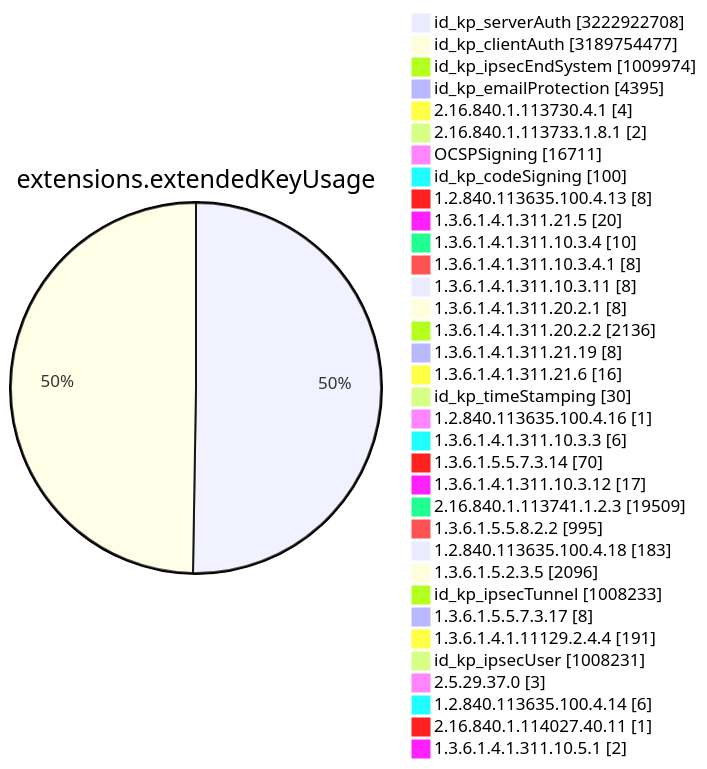
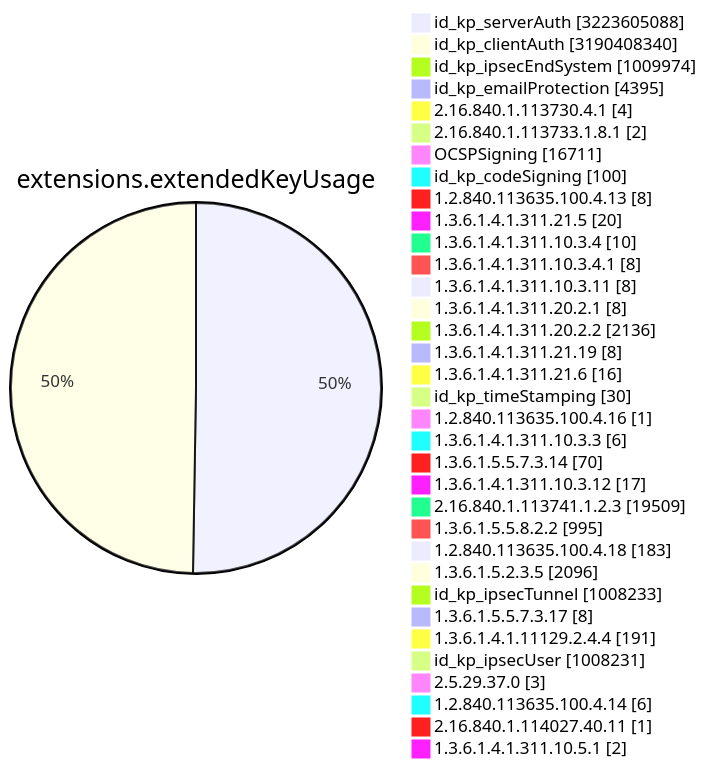
Before and after one commit to christiankrug/ctmonitor_visualization: diagram 11 of 15 in TOTAL/README.md, drawn with Mermaid. The commit also changed other lines of this file, not shown here.

````diff
--- a/TOTAL/README.md
+++ b/TOTAL/README.md
@@ -4119,38 +4119,38 @@
 ```mermaid
 pie showData
 title extensions.extendedKeyUsage
-"id_kp_serverAuth" :3222922708
-"id_kp_clientAuth" :3189754477
+"id_kp_serverAuth" :3223605088
+"id_kp_clientAuth" :3190408340
 "id_kp_ipsecEndSystem" :1009974
 "id_kp_emailProtection" :4395
 "2.16.840.1.113730.4.1" :4
 "2.16.840.1.113733.1.8.1" :2
 "OCSPSigning" :16711
 "id_kp_codeSigning" :100
 "1.2.840.113635.100.4.13" :8
 "1.3.6.1.4.1.311.21.5" :20
 "1.3.6.1.4.1.311.10.3.4" :10
 "1.3.6.1.4.1.311.10.3.4.1" :8
 "1.3.6.1.4.1.311.10.3.11" :8
 "1.3.6.1.4.1.311.20.2.1" :8
 "1.3.6.1.4.1.311.20.2.2" :2136
 "1.3.6.1.4.1.311.21.19" :8
 "1.3.6.1.4.1.311.21.6" :16
 "id_kp_timeStamping" :30
 "1.2.840.113635.100.4.16" :1
 "1.3.6.1.4.1.311.10.3.3" :6
 "1.3.6.1.5.5.7.3.14" :70
 "1.3.6.1.4.1.311.10.3.12" :17
 "2.16.840.1.113741.1.2.3" :19509
 "1.3.6.1.5.5.8.2.2" :995
 "1.2.840.113635.100.4.18" :183
 "1.3.6.1.5.2.3.5" :2096
 "id_kp_ipsecTunnel" :1008233
 "1.3.6.1.5.5.7.3.17" :8
 "1.3.6.1.4.1.11129.2.4.4" :191
 "id_kp_ipsecUser" :1008231
 "2.5.29.37.0" :3
 "1.2.840.113635.100.4.14" :6
 "2.16.840.1.114027.40.11" :1
 "1.3.6.1.4.1.311.10.5.1" :2
 ```
````
